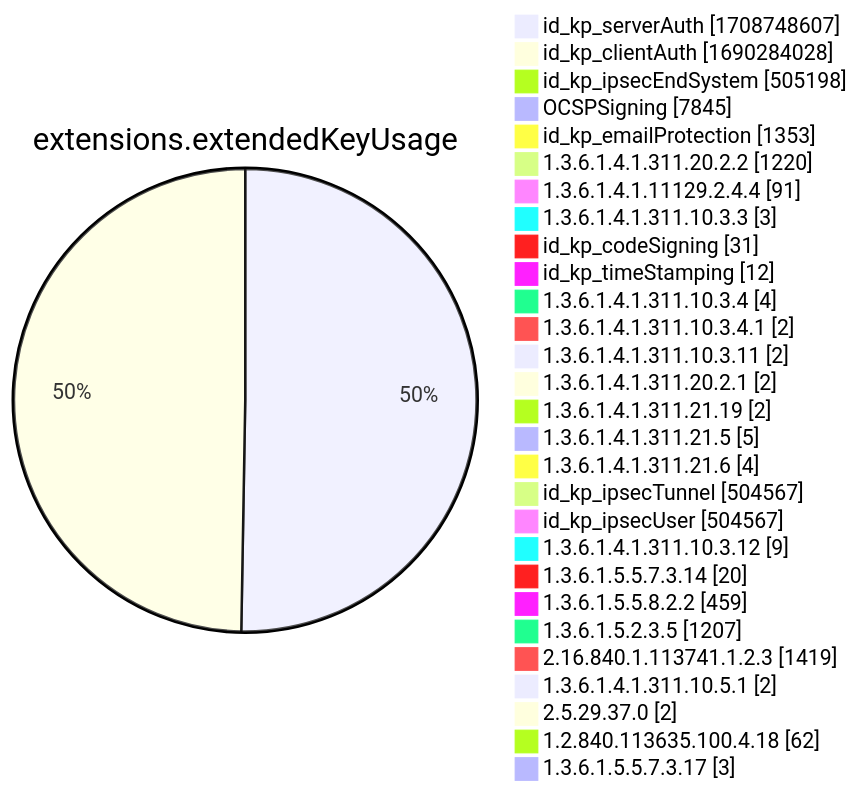
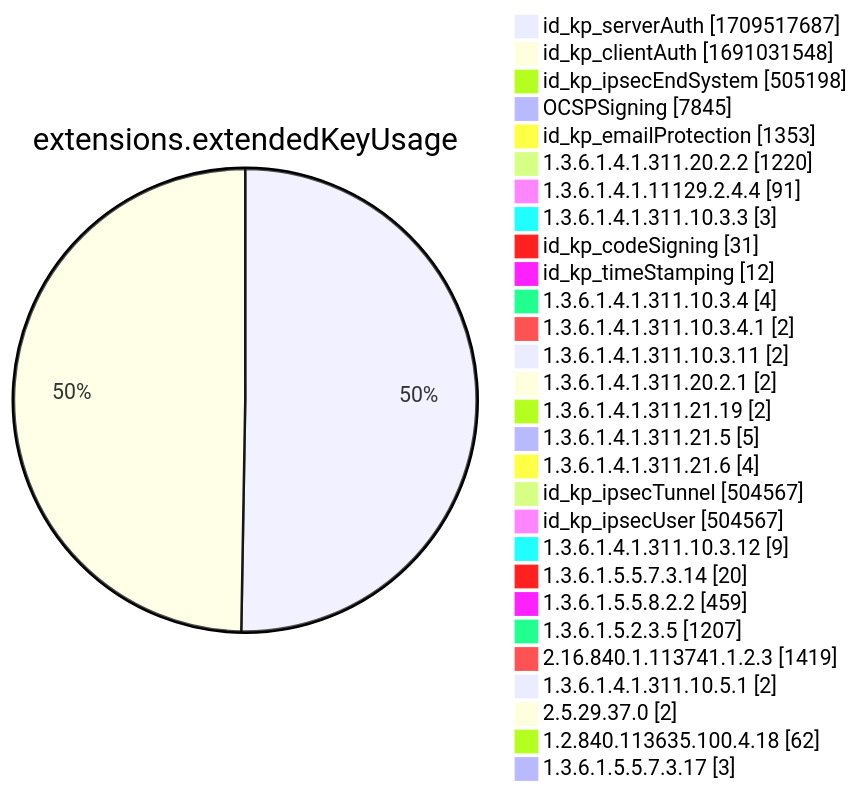
One commit to christiankrug/ctmonitor_visualization changed diagram 12 of 15 in xenon2022/README.md. Above: the diagram before and after it, drawn with Mermaid. The commit also changed other lines of this file, not shown here.

````diff
--- a/xenon2022/README.md
+++ b/xenon2022/README.md
@@ -3888,32 +3888,32 @@
 ```mermaid
 pie showData
 title extensions.extendedKeyUsage
-"id_kp_serverAuth" :1708748607
-"id_kp_clientAuth" :1690284028
+"id_kp_serverAuth" :1709517687
+"id_kp_clientAuth" :1691031548
 "id_kp_ipsecEndSystem" :505198
 "OCSPSigning" :7845
 "id_kp_emailProtection" :1353
 "1.3.6.1.4.1.311.20.2.2" :1220
 "1.3.6.1.4.1.11129.2.4.4" :91
 "1.3.6.1.4.1.311.10.3.3" :3
 "id_kp_codeSigning" :31
 "id_kp_timeStamping" :12
 "1.3.6.1.4.1.311.10.3.4" :4
 "1.3.6.1.4.1.311.10.3.4.1" :2
 "1.3.6.1.4.1.311.10.3.11" :2
 "1.3.6.1.4.1.311.20.2.1" :2
 "1.3.6.1.4.1.311.21.19" :2
 "1.3.6.1.4.1.311.21.5" :5
 "1.3.6.1.4.1.311.21.6" :4
 "id_kp_ipsecTunnel" :504567
 "id_kp_ipsecUser" :504567
 "1.3.6.1.4.1.311.10.3.12" :9
 "1.3.6.1.5.5.7.3.14" :20
 "1.3.6.1.5.5.8.2.2" :459
 "1.3.6.1.5.2.3.5" :1207
 "2.16.840.1.113741.1.2.3" :1419
 "1.3.6.1.4.1.311.10.5.1" :2
 "2.5.29.37.0" :2
 "1.2.840.113635.100.4.18" :62
 "1.3.6.1.5.5.7.3.17" :3
 ```
````
